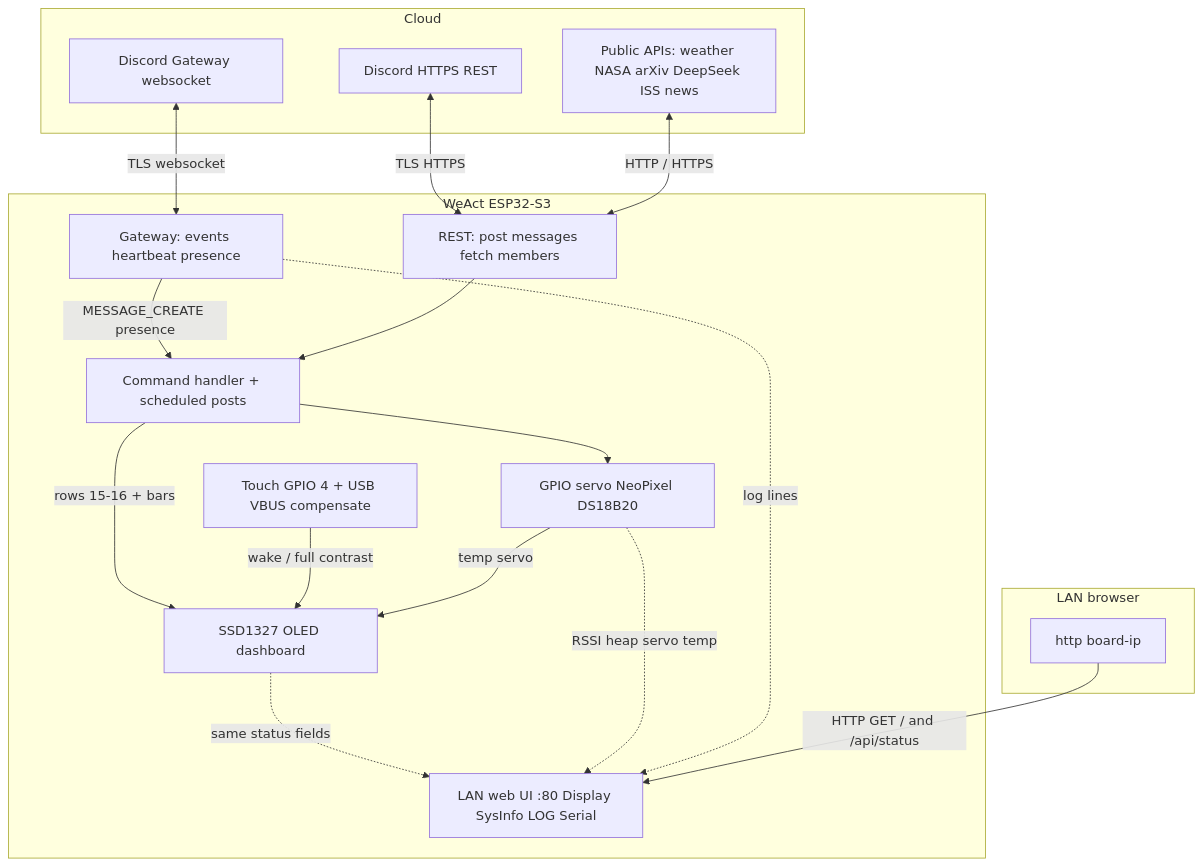
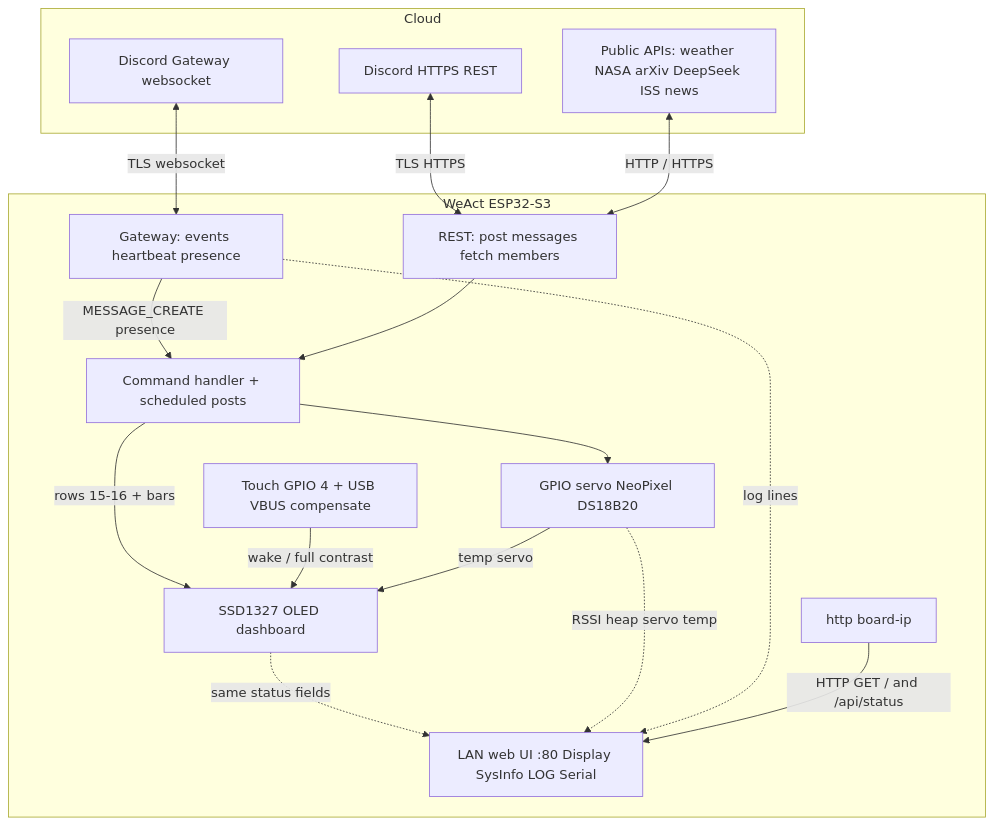
Before and after one commit to K9DTV/minime-esp32-discord-bot: the diagram in README.md, drawn with Mermaid.

Commit message:
Place http board-ip under LAN web UI in flowchart.

````diff
--- a/README.md
+++ b/README.md
@@ -89,36 +89,33 @@
 ```mermaid
 flowchart TB
   subgraph cloud [Cloud]
     DG[Discord Gateway websocket]
     DR[Discord HTTPS REST]
     EXT[Public APIs: weather NASA arXiv DeepSeek ISS news]
   end
 
   subgraph board [WeAct ESP32-S3]
     GW[Gateway: events heartbeat presence]
     REST[REST: post messages fetch members]
     CMD[Command handler + scheduled posts]
     OLED[SSD1327 OLED dashboard]
     WEB[LAN web UI :80 Display SysInfo LOG Serial]
+    BR[http board-ip]
     TOUCH[Touch GPIO 4 + USB VBUS compensate]
     IO[GPIO servo NeoPixel DS18B20]
-  end
-
-  subgraph lan [LAN browser]
-    BR[http board-ip]
   end
 
   DG <-->|TLS websocket| GW
   DR <-->|TLS HTTPS| REST
   EXT <-->|HTTP / HTTPS| REST
   GW -->|MESSAGE_CREATE presence| CMD
   REST --> CMD
   CMD -->|rows 15-16 + bars| OLED
   TOUCH -->|wake / full contrast| OLED
   CMD --> IO
   IO -->|temp servo| OLED
   OLED -.->|same status fields| WEB
   IO -.->|RSSI heap servo temp| WEB
   GW -.->|log lines| WEB
   BR -->|HTTP GET / and /api/status| WEB
 ```
````
